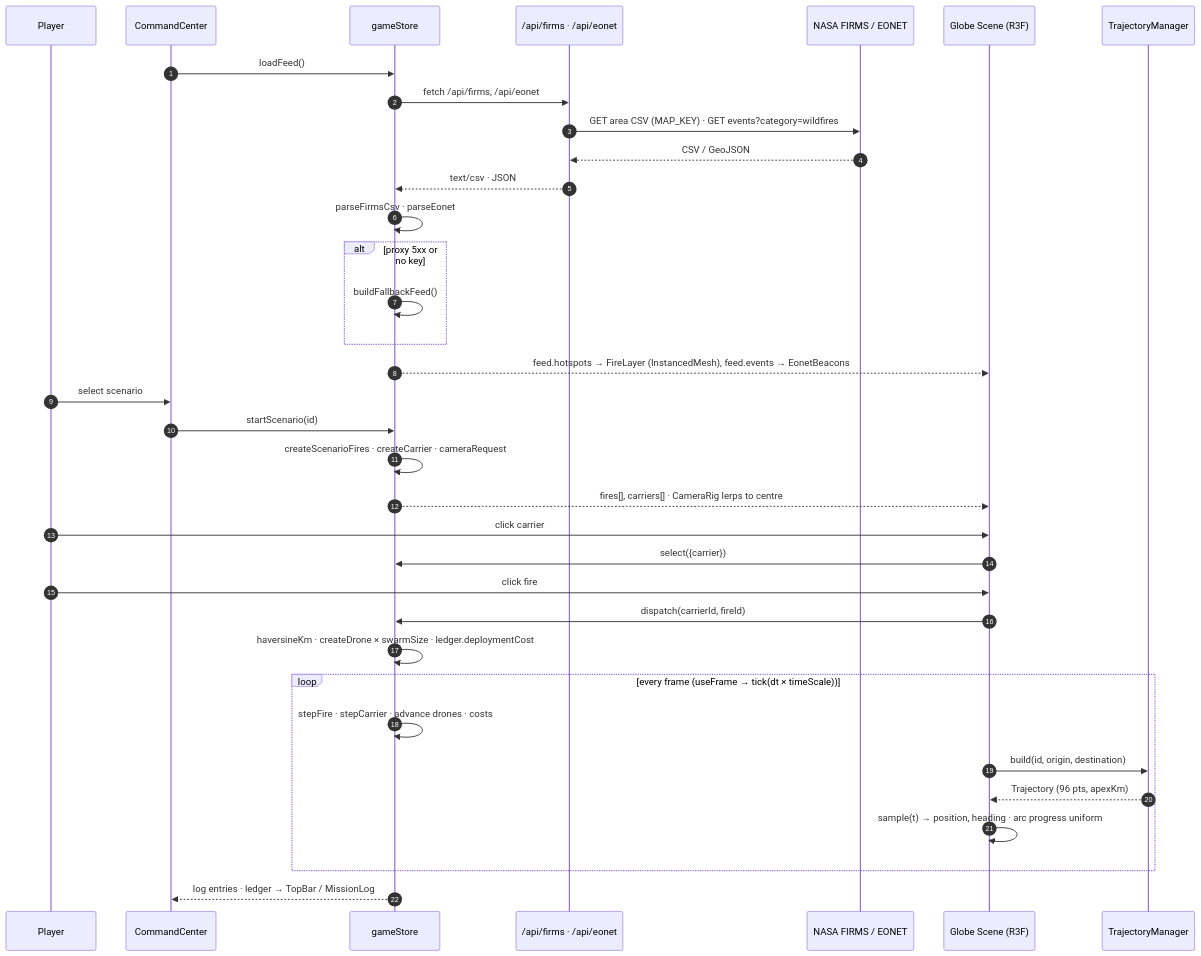
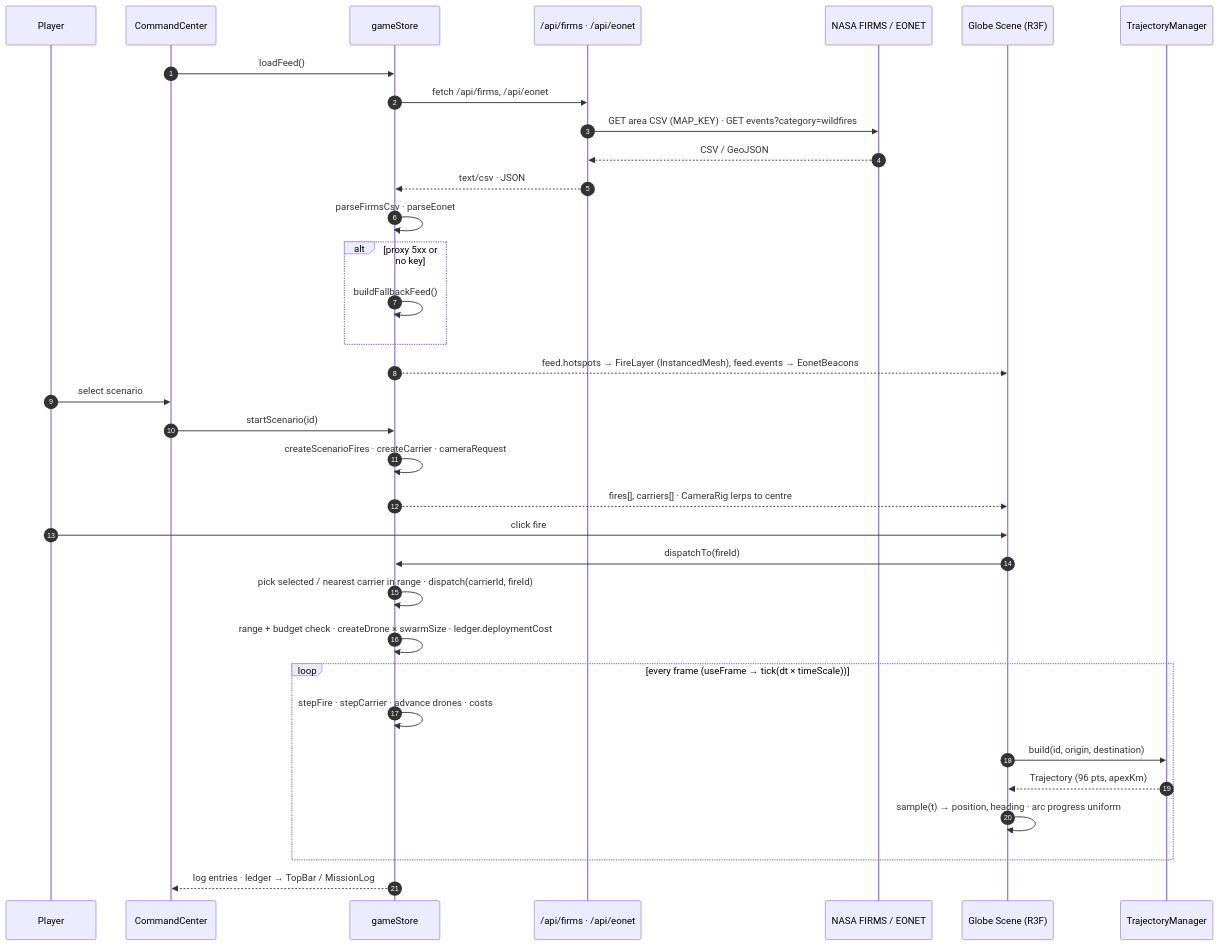
One commit to jayrosen-design/Global-Firefight-Drone-Command changed the fifth of 7 diagrams in README.md. Above: the diagram before and after it, drawn with Mermaid. The commit also changed other lines of this file and 17 other files, not shown here.

````diff
--- a/README.md
+++ b/README.md
@@ -481,40 +500,39 @@
 ```mermaid
 sequenceDiagram
   autonumber
   participant U as Player
   participant CC as CommandCenter
   participant GS as gameStore
   participant API as /api/firms · /api/eonet
   participant NASA as NASA FIRMS / EONET
   participant SC as Globe Scene (R3F)
   participant TM as TrajectoryManager
 
   CC->>GS: loadFeed()
   GS->>API: fetch /api/firms, /api/eonet
   API->>NASA: GET area CSV (MAP_KEY) · GET events?category=wildfires
   NASA-->>API: CSV / GeoJSON
   API-->>GS: text/csv · JSON
   GS->>GS: parseFirmsCsv · parseEonet
   alt proxy 5xx or no key
     GS->>GS: buildFallbackFeed()
   end
   GS-->>SC: feed.hotspots → FireLayer (InstancedMesh), feed.events → EonetBeacons
 
   U->>CC: select scenario
   CC->>GS: startScenario(id)
   GS->>GS: createScenarioFires · createCarrier · cameraRequest
   GS-->>SC: fires[], carriers[] · CameraRig lerps to centre
 
-  U->>SC: click carrier
-  SC->>GS: select({carrier})
   U->>SC: click fire
-  SC->>GS: dispatch(carrierId, fireId)
-  GS->>GS: haversineKm · createDrone × swarmSize · ledger.deploymentCost
+  SC->>GS: dispatchTo(fireId)
+  GS->>GS: pick selected / nearest carrier in range · dispatch(carrierId, fireId)
+  GS->>GS: range + budget check · createDrone × swarmSize · ledger.deploymentCost
   loop every frame (useFrame → tick(dt × timeScale))
     GS->>GS: stepFire · stepCarrier · advance drones · costs
     SC->>TM: build(id, origin, destination)
     TM-->>SC: Trajectory (96 pts, apexKm)
     SC->>SC: sample(t) → position, heading · arc progress uniform
   end
   GS-->>CC: log entries · ledger → TopBar / MissionLog
 ```
````
